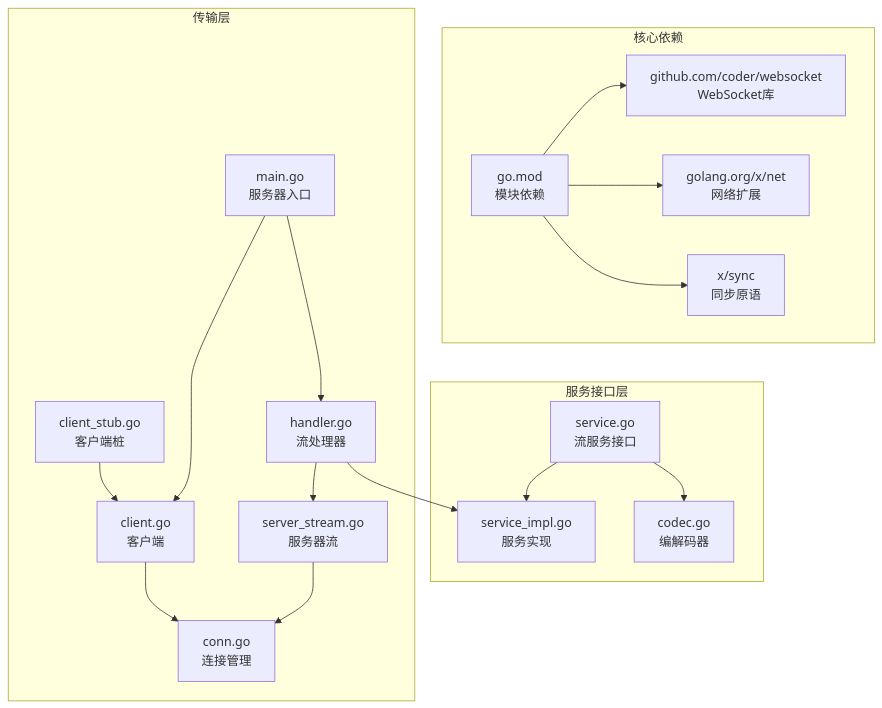
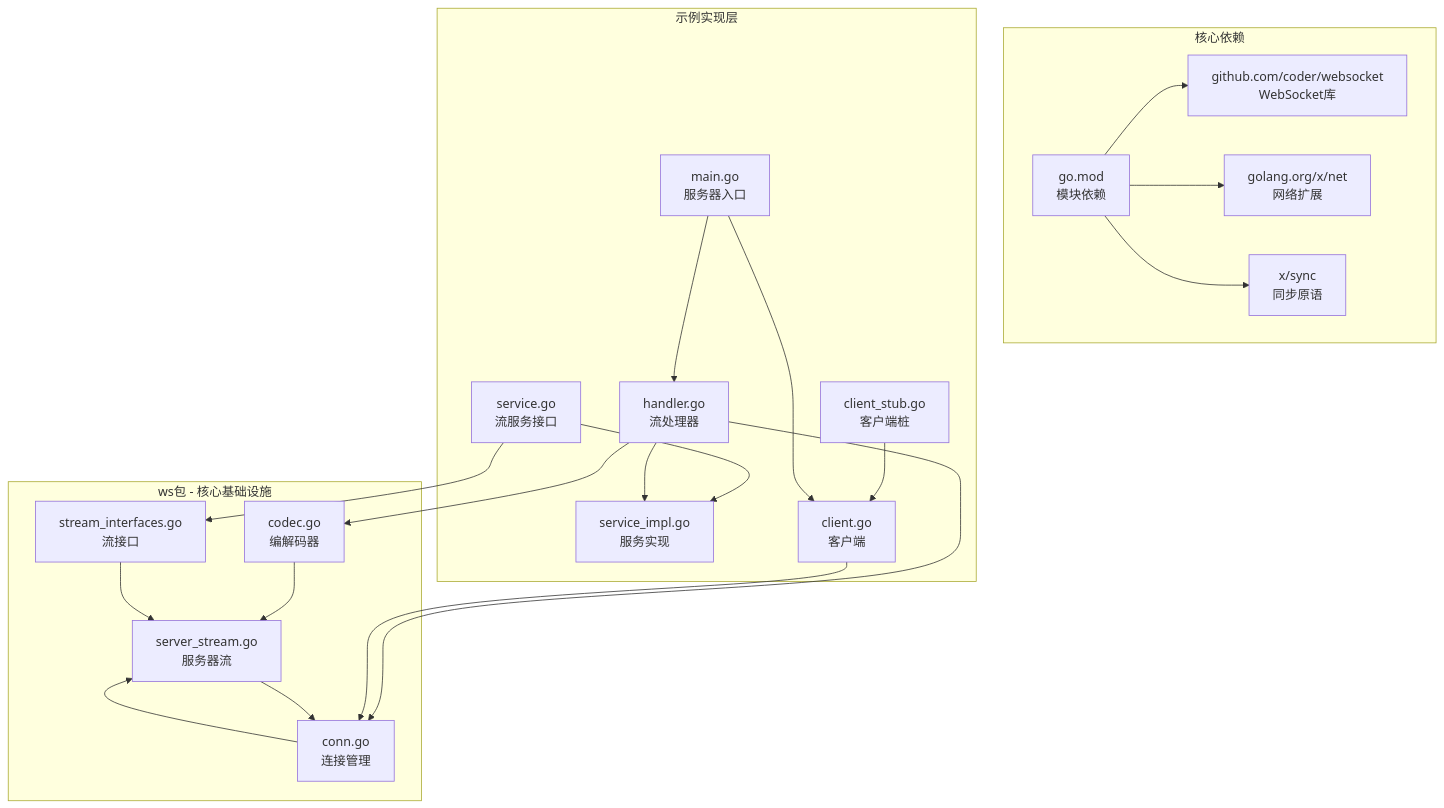
Before and after one commit to soyacen/goose: diagram 15 of 15 in .agents/repowiki/zh/content/示例和最佳实践/WebSocket流式系统.md, drawn with Mermaid. The commit also changed other lines of this file and 7 other files, not shown here.

First line of the commit message:
Refactor WebSocket client and server stream handling

````diff
--- a/.agents/repowiki/zh/content/示例和最佳实践/WebSocket流式系统.md
+++ b/.agents/repowiki/zh/content/示例和最佳实践/WebSocket流式系统.md
@@ -565,34 +585,39 @@
 ```mermaid
 graph TB
 subgraph "核心依赖"
 GoMod[go.mod<br/>模块依赖]
 WS[github.com/coder/websocket<br/>WebSocket库]
 NetHTTP[golang.org/x/net<br/>网络扩展]
 Sync[x/sync<br/>同步原语]
 end
-subgraph "服务接口层"
+subgraph "ws包 - 核心基础设施"
+Codec[codec.go<br/>编解码器]
+Conn[conn.go<br/>连接管理]
+ServerStream[server_stream.go<br/>服务器流]
+Interfaces[stream_interfaces.go<br/>流接口]
+end
+subgraph "示例实现层"
 Service[service.go<br/>流服务接口]
 ServiceImpl[service_impl.go<br/>服务实现]
-Codec[codec.go<br/>编解码器]
-end
-subgraph "传输层"
 Handler[handler.go<br/>流处理器]
-ServerStream[server_stream.go<br/>服务器流]
 ClientStub[client_stub.go<br/>客户端桩]
 Client[client.go<br/>客户端]
-Conn[conn.go<br/>连接管理]
 Main[main.go<br/>服务器入口]
 end
 GoMod --> WS
 GoMod --> NetHTTP
 GoMod --> Sync
+Codec --> ServerStream
+Conn --> ServerStream
+Interfaces --> ServerStream
 Service --> ServiceImpl
-Service --> Codec
-Handler --> ServerStream
+Service --> Interfaces
 Handler --> ServiceImpl
+Handler --> Codec
+Handler --> Conn
 ClientStub --> Client
 Client --> Conn
 ServerStream --> Conn
 Main --> Handler
 Main --> Client
 ```
````
